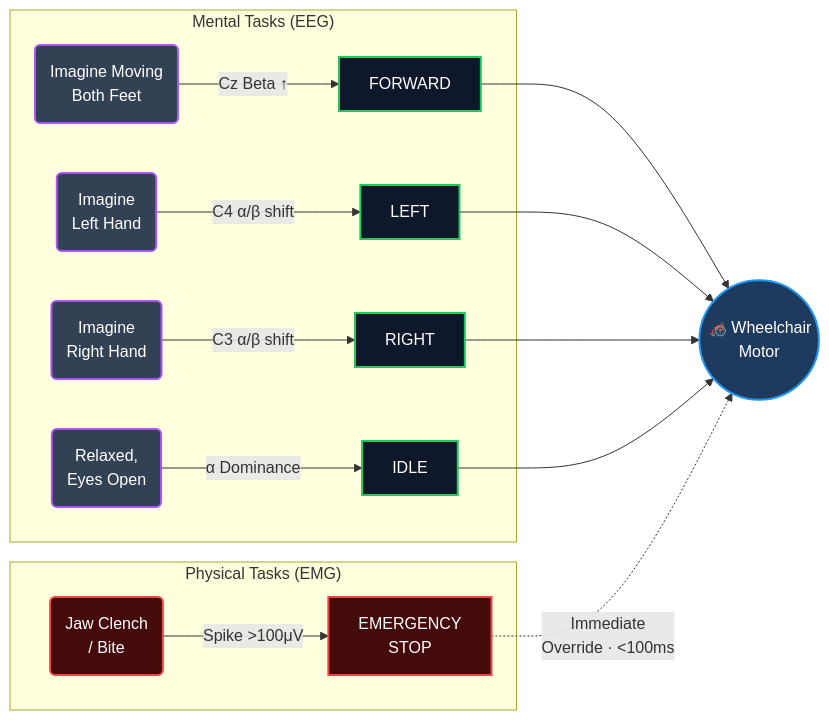
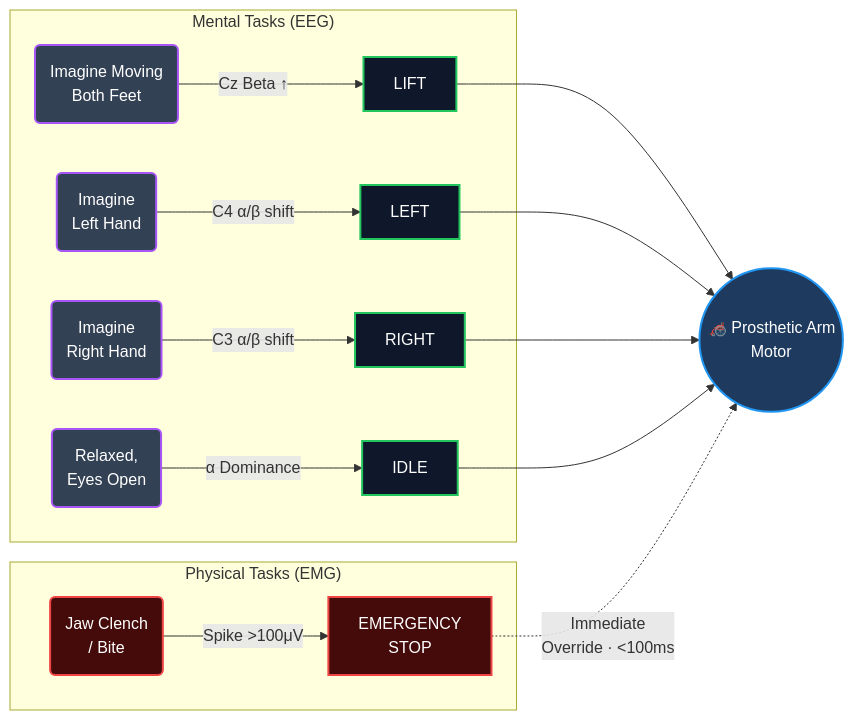
One commit to NAVEENKCG/Mind_Wave_AImodel changed the second of 8 diagrams in ARCHITECTURE.md. Above: the diagram before and after it, drawn with Mermaid. The commit also changed other lines of this file and 6 other files, not shown here.

Commit message:
feat: upgrade to 4-class motor imagery pipeline (IDLE, LEFT, RIGHT, FORWARD)

````diff
--- a/ARCHITECTURE.md
+++ b/ARCHITECTURE.md
@@ -58,26 +58,26 @@
 ```mermaid
 flowchart LR
     classDef eeg fill:#334155,stroke:#a855f7,stroke-width:2px,color:#fff
     classDef emg fill:#450a0a,stroke:#ef4444,stroke-width:2px,color:#fff
     classDef cmd fill:#0f172a,stroke:#22c55e,stroke-width:2px,color:#fff
     classDef wheel fill:#1e3a5f,stroke:#2196f3,stroke-width:2px,color:#fff
 
     subgraph EEG_TASKS["Mental Tasks (EEG)"]
-        M1("Imagine Moving<br/>Both Feet"):::eeg -->|"Cz Beta ↑"| C1["FORWARD"]:::cmd
+        M1("Imagine Moving<br/>Both Feet"):::eeg -->|"Cz Beta ↑"| C1["LIFT"]:::cmd
         M2("Imagine<br/>Left Hand"):::eeg -->|"C4 α/β shift"| C2["LEFT"]:::cmd
         M3("Imagine<br/>Right Hand"):::eeg -->|"C3 α/β shift"| C3["RIGHT"]:::cmd
         M4("Relaxed,<br/>Eyes Open"):::eeg -->|"α Dominance"| C4["IDLE"]:::cmd
     end
 
     subgraph EMG_TASKS["Physical Tasks (EMG)"]
         P1("Jaw Clench<br/>/ Bite"):::emg -->|"Spike >100μV"| C5["EMERGENCY<br/>STOP"]:::emg
     end
 
-    WC(("🦽 Wheelchair<br/>Motor")):::wheel
+    WC(("🦽 Prosthetic Arm<br/>Motor")):::wheel
 
     C1 --> WC
     C2 --> WC
     C3 --> WC
     C4 --> WC
     C5 -.->|"Immediate<br/>Override · <100ms"| WC
 ```
````
